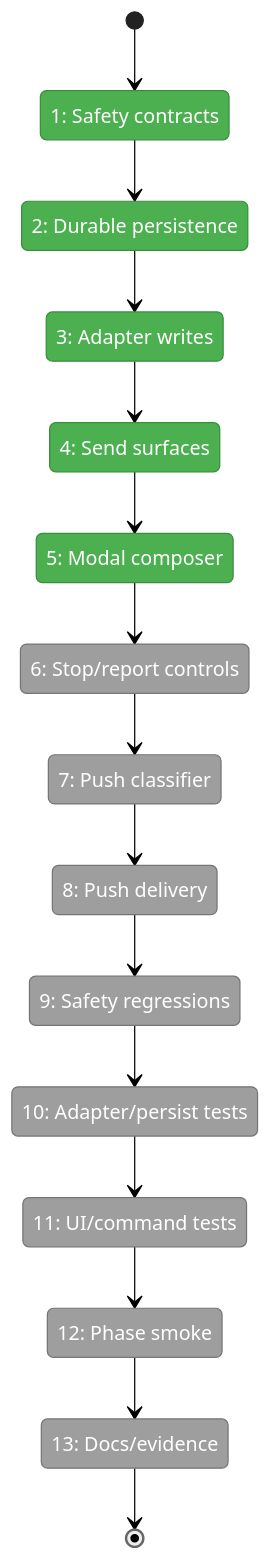
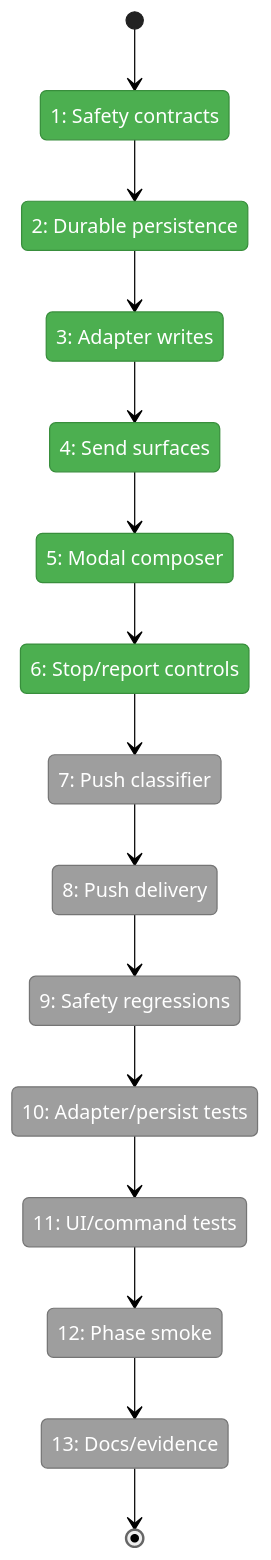
The first of 2 diagrams in docs/plans/007-options-for-pi-extensions-that-do-subagents/tasks/phase-3-interaction-push-context-and-hardening/tasks.fltplan.md (vaughanknight/pij), drawn with Mermaid (neutral theme) before and after one commit. The commit also changed other lines of this file and 5 other files, not shown here.

````diff
--- a/docs/plans/007-options-for-pi-extensions-that-do-subagents/tasks/phase-3-interaction-push-context-and-hardening/tasks.fltplan.md
+++ b/docs/plans/007-options-for-pi-extensions-that-do-subagents/tasks/phase-3-interaction-push-context-and-hardening/tasks.fltplan.md
@@ -43,39 +43,39 @@
 ```mermaid
 stateDiagram-v2
     classDef pending fill:#9E9E9E,stroke:#757575,color:#fff
     classDef active fill:#FFC107,stroke:#FFA000,color:#000
     classDef done fill:#4CAF50,stroke:#388E3C,color:#fff
     classDef blocked fill:#F44336,stroke:#D32F2F,color:#fff
 
     state "1: Safety contracts" as S1
     state "2: Durable persistence" as S2
     state "3: Adapter writes" as S3
     state "4: Send surfaces" as S4
     state "5: Modal composer" as S5
     state "6: Stop/report controls" as S6
     state "7: Push classifier" as S7
     state "8: Push delivery" as S8
     state "9: Safety regressions" as S9
     state "10: Adapter/persist tests" as S10
     state "11: UI/command tests" as S11
     state "12: Phase smoke" as S12
     state "13: Docs/evidence" as S13
 
     [*] --> S1
     S1 --> S2
     S2 --> S3
     S3 --> S4
     S4 --> S5
     S5 --> S6
     S6 --> S7
     S7 --> S8
     S8 --> S9
     S9 --> S10
     S10 --> S11
     S11 --> S12
     S12 --> S13
     S13 --> [*]
 
-    class S1,S2,S3,S4,S5 done
-    class S6,S7,S8,S9,S10,S11,S12,S13 pending
+    class S1,S2,S3,S4,S5,S6 done
+    class S7,S8,S9,S10,S11,S12,S13 pending
 ```
````
